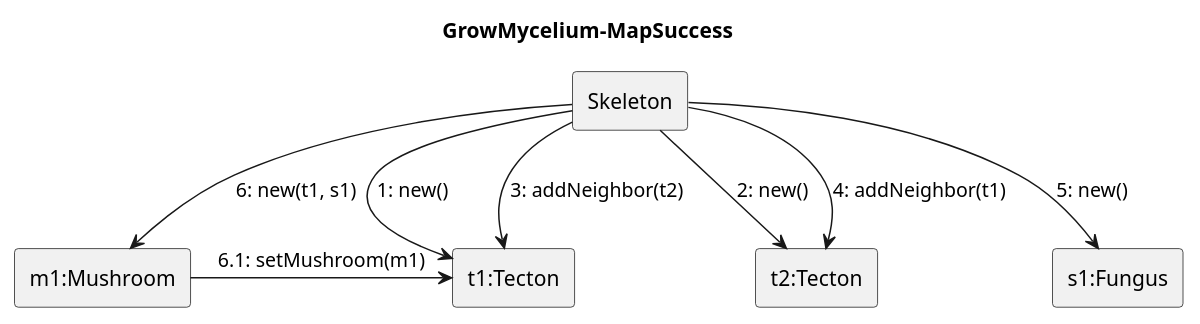
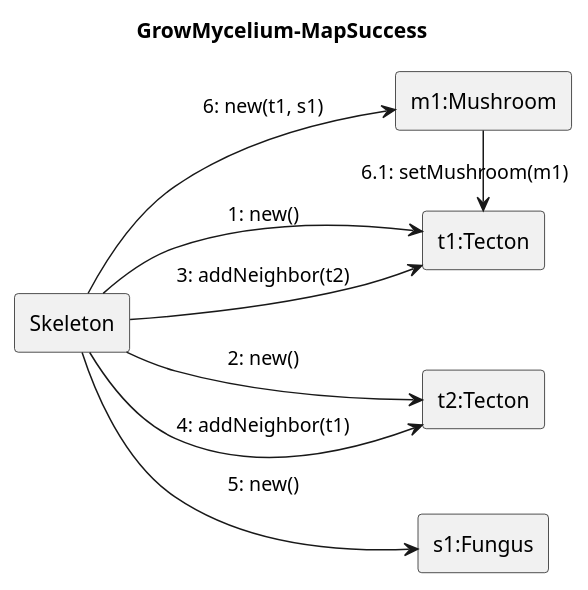
One commit to ZD4ve/projlab-error521 changed the diagram in Skeleton/Grow-mycelium/map-success.pu. Above: the diagram before and after it, drawn with PlantUML. The commit also changed 3 other files, not shown here.

```diff
--- a/Skeleton/Grow-mycelium/map-success.pu
+++ b/Skeleton/Grow-mycelium/map-success.pu
@@ -1,21 +1,22 @@
 @startuml
 skinparam linestyle ortho
+left to right direction
 title GrowMycelium-MapSuccess
 
 rectangle Skeleton
 
 rectangle "t1:Tecton" as t1
 rectangle "t2:Tecton" as t2
 rectangle "s1:Fungus" as s1
 rectangle "m1:Mushroom" as m1
 
-Skeleton --> t1: "1: new()"
-Skeleton --> t2: "2: new()"
-Skeleton --> t1: "3: addNeighbor(t2)"
-Skeleton --> t2: "4: addNeighbor(t1)"
-Skeleton --> s1 : "5: new()"
-Skeleton --> m1: "6: new(t1, s1)"
-m1 -> t1 : "6.1: setMushroom(m1)"
+Skeleton --> t1: 1: new()
+Skeleton --> t2: 2: new()
+Skeleton --> t1: 3: addNeighbor(t2)
+Skeleton --> t2: 4: addNeighbor(t1)
+Skeleton --> s1 : 5: new()
+Skeleton --> m1: 6: new(t1, s1)
+m1 -> t1 : 6.1: setMushroom(m1)
 
 
 @enduml
```
